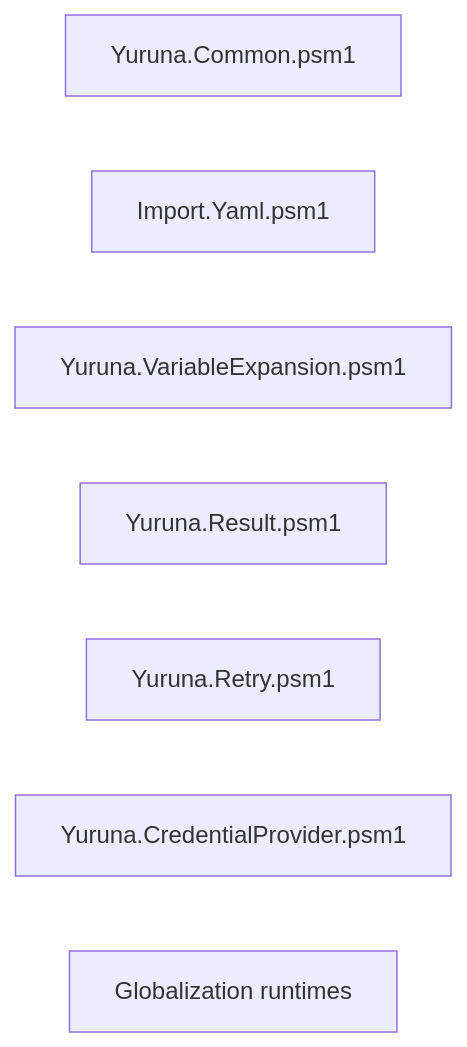
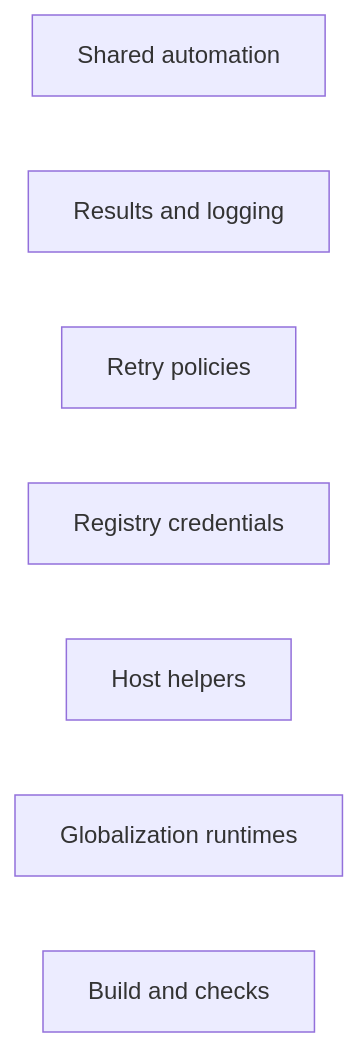
Before and after one commit to alissonsol/yuruna: the sixth of 7 diagrams in docs/design/02-component-breakdown.md, drawn with Mermaid. The commit also changed other lines of this file and 763 other files, not shown here.

````diff
--- a/docs/design/02-component-breakdown.md
+++ b/docs/design/02-component-breakdown.md
@@ -183,10 +194,10 @@
 ```mermaid
 flowchart LR
-    yuruna-common["Yuruna.Common.psm1"]
-    import-yaml["Import.Yaml.psm1"]
-    yuruna-variable-expansion["Yuruna.VariableExpansion.psm1"]
-    yuruna-result["Yuruna.Result.psm1"]
-    yuruna-retry["Yuruna.Retry.psm1"]
-    yuruna-credential-provider["Yuruna.CredentialProvider.psm1"]
+    yuruna-common["Shared automation"]
+    yuruna-result["Results and logging"]
+    yuruna-retry["Retry policies"]
+    yuruna-credential-provider["Registry credentials"]
+    host-modules["Host helpers"]
     globalization["Globalization runtimes"]
+    tools["Build and checks"]
 ```
````
